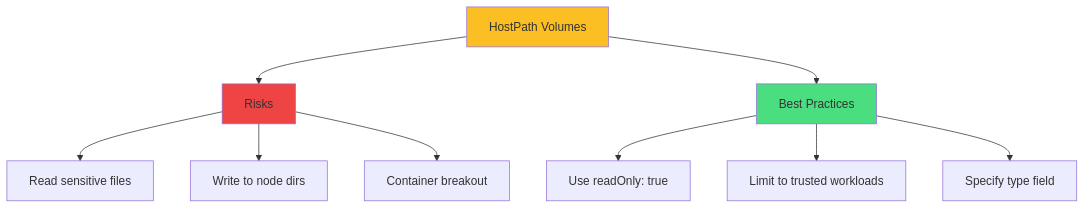
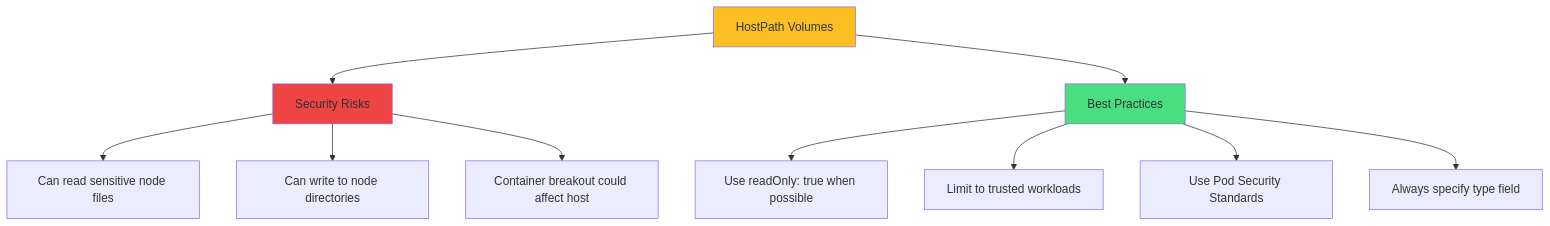
One commit to courselabs/kubernetes changed diagram 11 of 18 in slides/daemonsets/slides.md. Above: the diagram before and after it, drawn with Mermaid. The commit also changed other lines of this file and 7 other files, not shown here.

````diff
--- a/slides/daemonsets/slides.md
+++ b/slides/daemonsets/slides.md
@@ -397,15 +517,19 @@
 ```mermaid
 graph TB
     HP[HostPath Volumes]
-    HP --> R[Risks]
+    HP --> R[Security Risks]
     HP --> BP[Best Practices]
-    R --> R1[Read sensitive files]
-    R --> R2[Write to node dirs]
-    R --> R3[Container breakout]
-    BP --> BP1[Use readOnly: true]
+
+    R --> R1[Can read sensitive node files]
+    R --> R2[Can write to node directories]
+    R --> R3[Container breakout could affect host]
+
+    BP --> BP1[Use readOnly: true when possible]
     BP --> BP2[Limit to trusted workloads]
-    BP --> BP3[Specify type field]
+    BP --> BP3[Use Pod Security Standards]
+    BP --> BP4[Always specify type field]
+
     style HP fill:#fbbf24
     style R fill:#ef4444
     style BP fill:#4ade80
 ```
````
